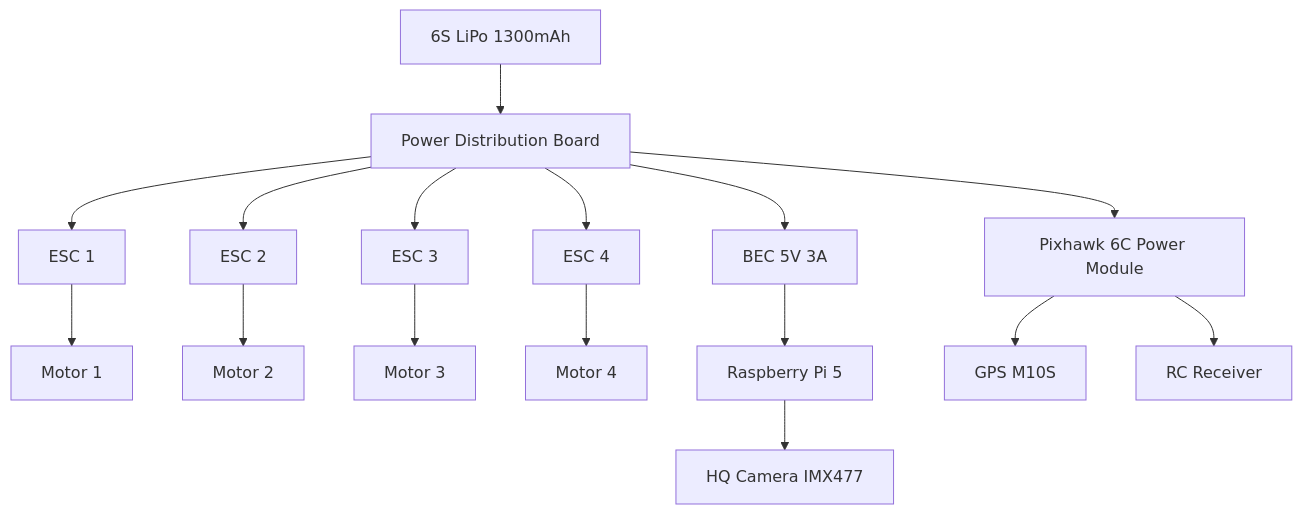
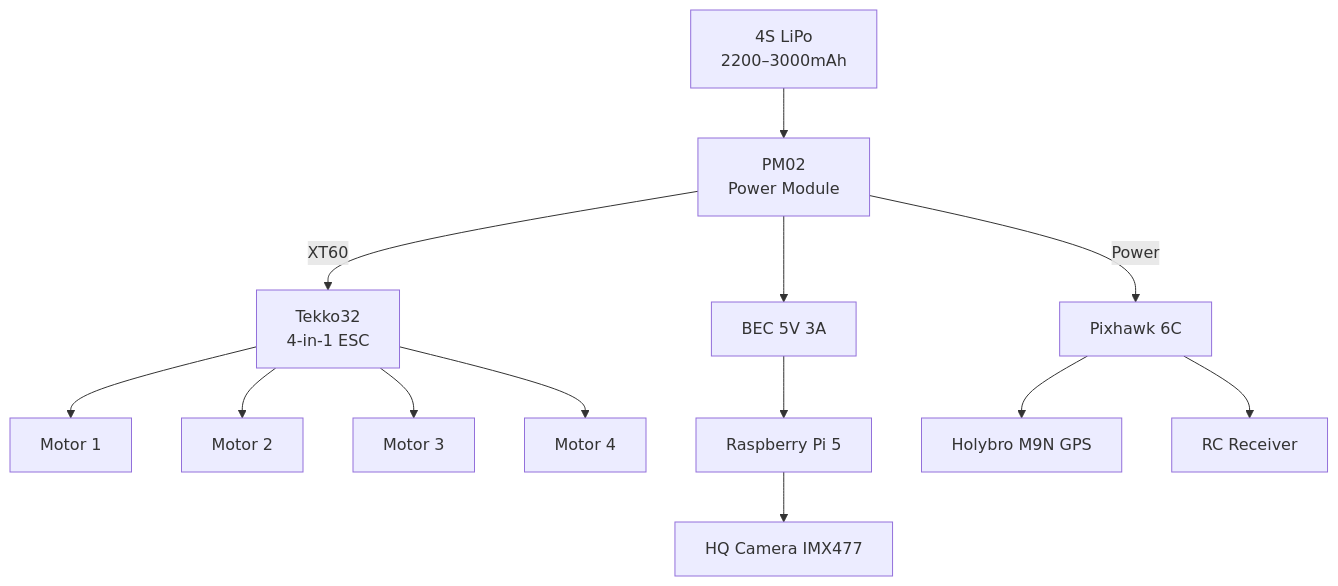
One commit to fadi-labib/bennu changed the diagram in docs/reference/power-architecture.md. Above: the diagram before and after it, drawn with Mermaid. The commit also changed other lines of this file and 2 other files, not shown here.

Commit message:
fix: align power architecture and wiring docs with BOM
Power doc incorrectly specified 6S battery, separate ESCs, and M10S
GPS. Corrected to match BOM: 4S LiPo, Tekko32 4-in-1 ESC, Holybro
M9N GPS. Added BAT_N_CELLS=4 to PX4 base params. Fixed wiring
diagram to show BEC tapping battery voltage directly.

````diff
--- a/docs/reference/power-architecture.md
+++ b/docs/reference/power-architecture.md
@@ -7,18 +7,15 @@
 ```mermaid
 graph TD
-    BATT[6S LiPo 1300mAh] --> PDB[Power Distribution Board]
-    PDB --> ESC1[ESC 1]
-    PDB --> ESC2[ESC 2]
-    PDB --> ESC3[ESC 3]
-    PDB --> ESC4[ESC 4]
-    ESC1 --> M1[Motor 1]
-    ESC2 --> M2[Motor 2]
-    ESC3 --> M3[Motor 3]
-    ESC4 --> M4[Motor 4]
-    PDB --> BEC5V[BEC 5V 3A]
-    PDB --> FC[Pixhawk 6C Power Module]
-    BEC5V --> PI[Raspberry Pi 5]
-    PI --> CAM[HQ Camera IMX477]
-    FC --> GPS[GPS M10S]
-    FC --> RC[RC Receiver]
+    BATT["4S LiPo<br/>2200–3000mAh"] --> PM["PM02<br/>Power Module"]
+    PM -->|Power| PIX["Pixhawk 6C"]
+    PM -->|XT60| ESC["Tekko32<br/>4-in-1 ESC"]
+    ESC --> M1["Motor 1"]
+    ESC --> M2["Motor 2"]
+    ESC --> M3["Motor 3"]
+    ESC --> M4["Motor 4"]
+    PM --> BEC5V["BEC 5V 3A"]
+    BEC5V --> PI["Raspberry Pi 5"]
+    PI --> CAM["HQ Camera IMX477"]
+    PIX --> GPS["Holybro M9N GPS"]
+    PIX --> RC["RC Receiver"]
 ```
````
